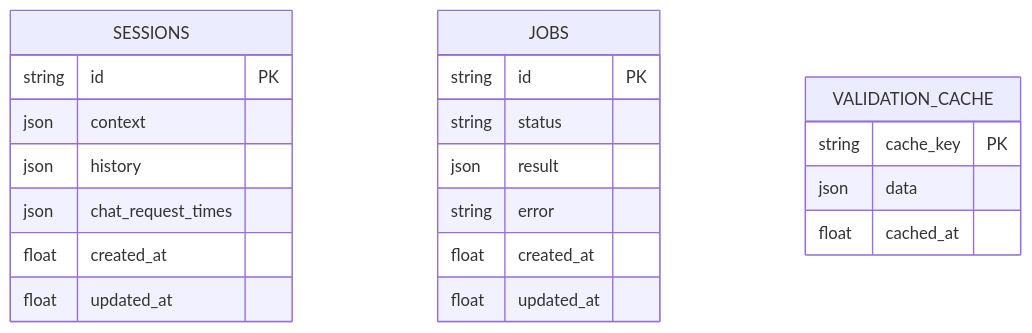
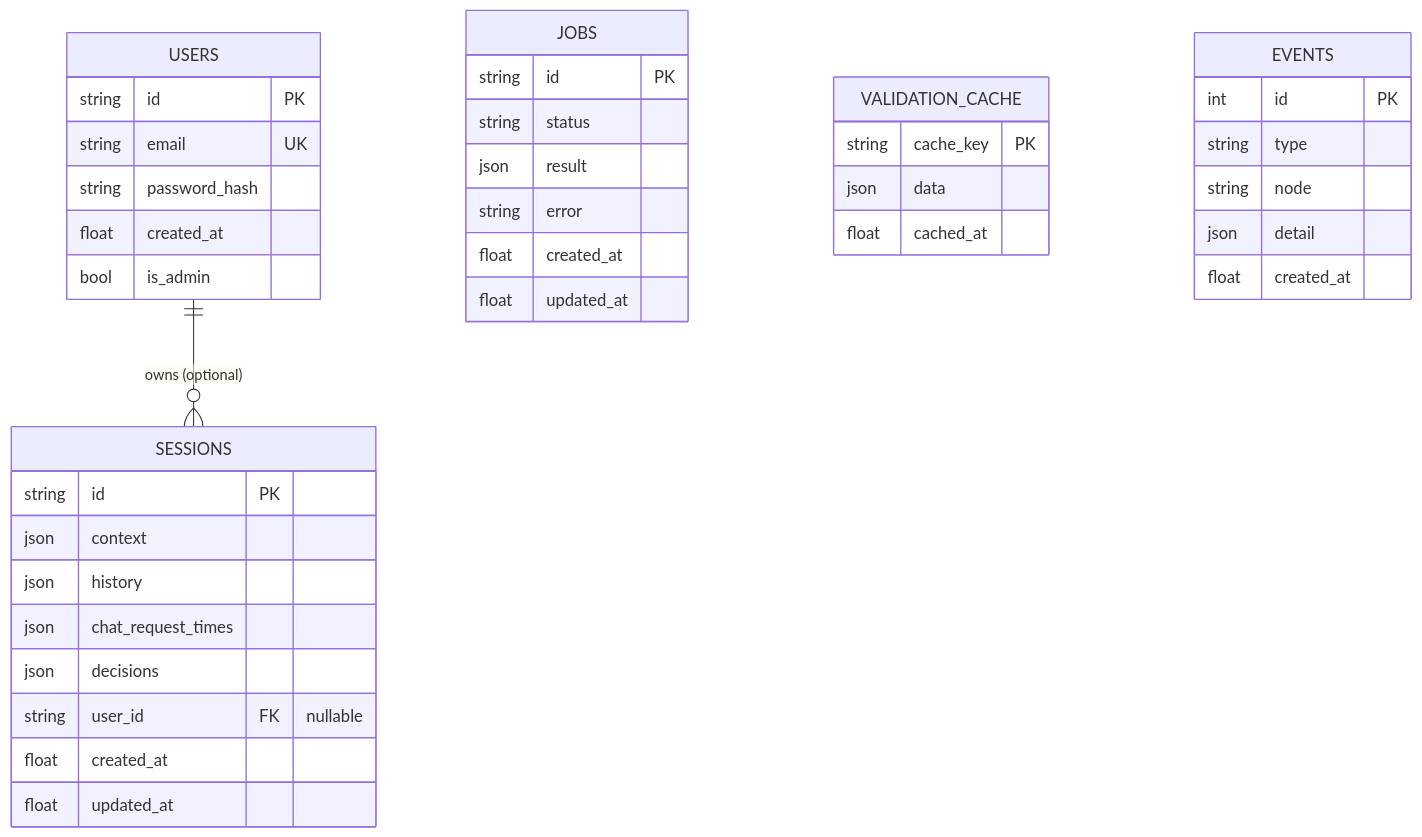
Before and after one commit to Yasaswini-ch/Development-of-AI-Based-Startup-Idea-Validator-with-Market-Analysis-Assistance: the diagram in docs/19_AFFINITY_MILESTONE_3_POSTGRESQL_AUTH_AND_DATA_PERSISTENCE.md, drawn with Mermaid. The commit also changed other lines of this file and 20 other files, not shown here.

````diff
--- a/docs/19_AFFINITY_MILESTONE_3_POSTGRESQL_AUTH_AND_DATA_PERSISTENCE.md
+++ b/docs/19_AFFINITY_MILESTONE_3_POSTGRESQL_AUTH_AND_DATA_PERSISTENCE.md
@@ -41,24 +51,41 @@
 ```mermaid
 erDiagram
+    USERS ||--o{ SESSIONS : "owns (optional)"
+    USERS {
+        string id PK
+        string email UK
+        string password_hash
+        float created_at
+        bool is_admin
+    }
     SESSIONS {
         string id PK
         json context
         json history
         json chat_request_times
+        json decisions
+        string user_id FK "nullable"
         float created_at
         float updated_at
     }
     JOBS {
         string id PK
         string status
         json result
         string error
         float created_at
         float updated_at
     }
     VALIDATION_CACHE {
         string cache_key PK
         json data
         float cached_at
     }
+    EVENTS {
+        int id PK
+        string type
+        string node
+        json detail
+        float created_at
+    }
 ```
````
